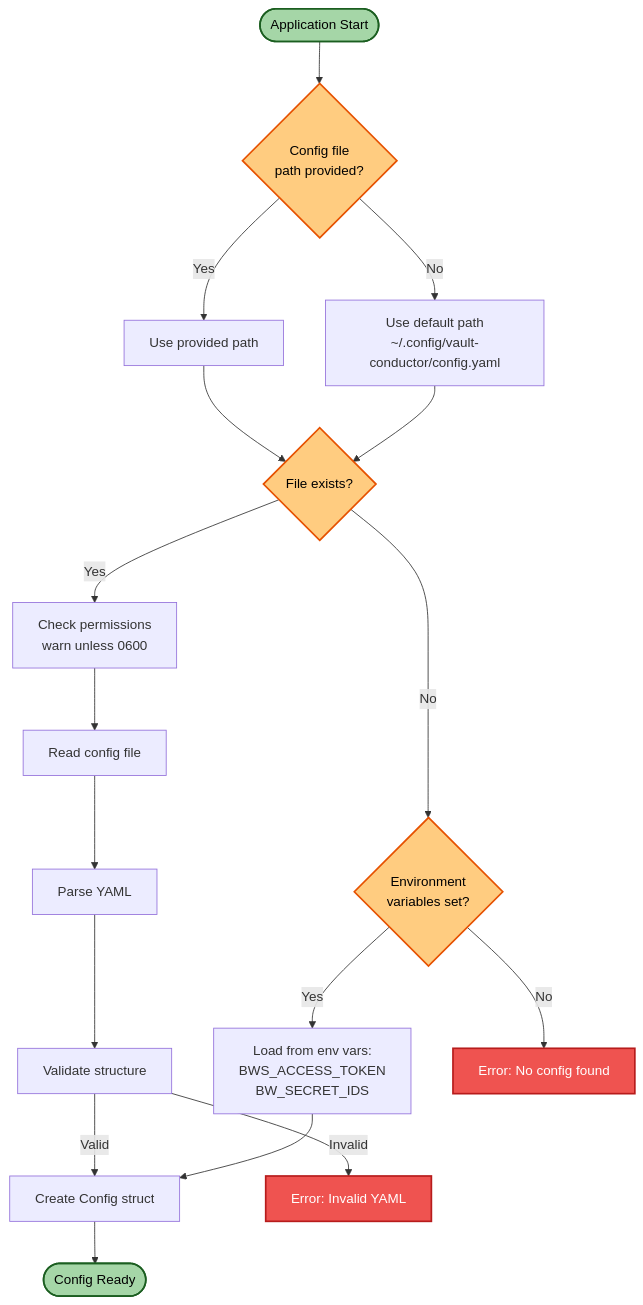
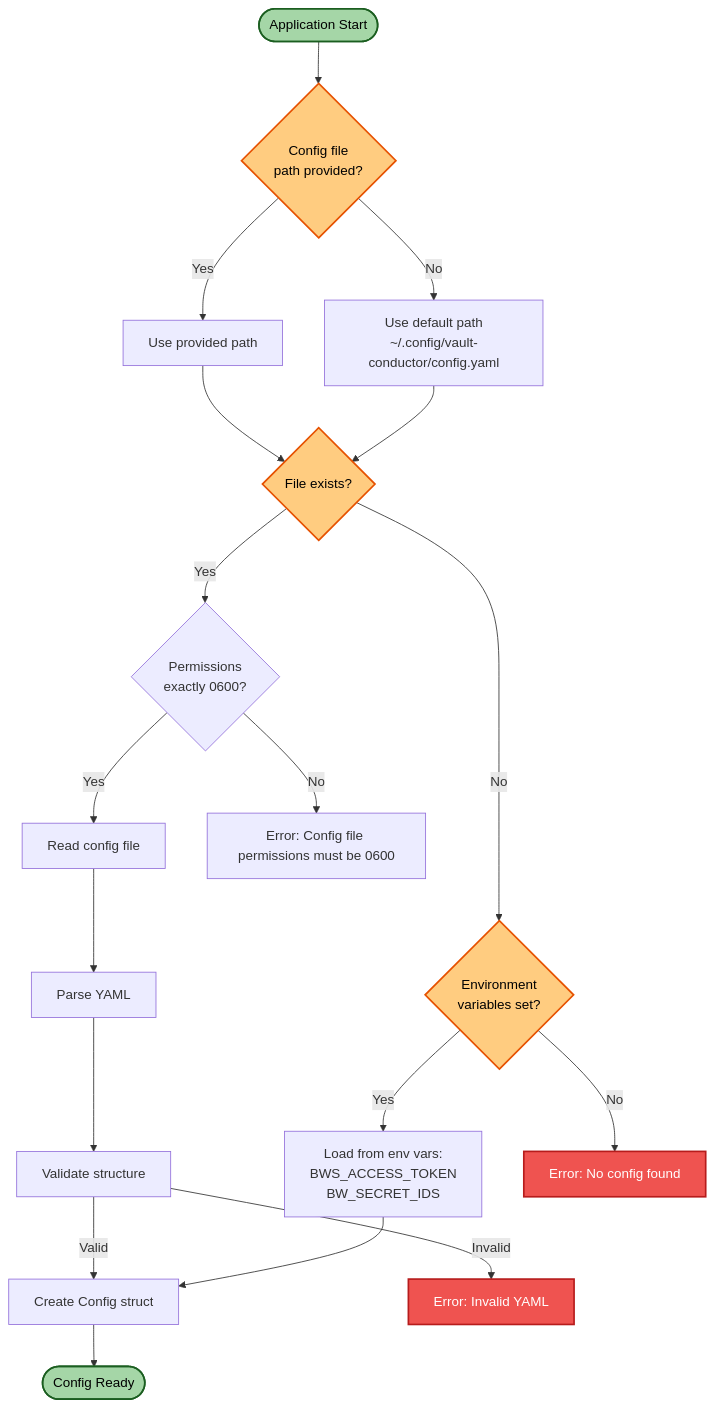
Before and after one commit to pirafrank/vault-conductor: the diagram in docs/CONFIG_LOAD.md, drawn with Mermaid. The commit also changed 3 other files, not shown here.

````diff
--- a/docs/CONFIG_LOAD.md
+++ b/docs/CONFIG_LOAD.md
@@ -5,37 +5,38 @@
 ```mermaid
 flowchart TD
     Start([Application Start])
 
     Start --> CheckConfigPath{Config file<br/>path provided?}
 
     CheckConfigPath -->|Yes| UseProvided[Use provided path]
     CheckConfigPath -->|No| UseDefault[Use default path<br/>~/.config/vault-conductor/config.yaml]
 
     UseProvided --> FileExists{File exists?}
     UseDefault --> FileExists
 
-    FileExists -->|Yes| CheckPermissions[Check permissions<br/>warn unless 0600]
-    CheckPermissions --> ReadFile[Read config file]
+    FileExists -->|Yes| CheckPermissions{Permissions<br/>exactly 0600?}
+    CheckPermissions -->|Yes| ReadFile[Read config file]
+    CheckPermissions -->|No| Error3[Error: Config file permissions must be 0600]
     FileExists -->|No| CheckEnv{Environment<br/>variables set?}
 
     ReadFile --> ParseYAML[Parse YAML]
     ParseYAML --> Validate[Validate structure]
 
     CheckEnv -->|Yes| LoadEnv[Load from env vars:<br/>BWS_ACCESS_TOKEN<br/>BW_SECRET_IDS]
     CheckEnv -->|No| Error1[Error: No config found]
 
     Validate -->|Valid| CreateConfig[Create Config struct]
     Validate -->|Invalid| Error2[Error: Invalid YAML]
 
     LoadEnv --> CreateConfig
 
     CreateConfig --> ConfigReady([Config Ready])
 
     style Start fill:#a5d6a7,stroke:#1b5e20,stroke-width:2px,color:#000
     style ConfigReady fill:#a5d6a7,stroke:#1b5e20,stroke-width:2px,color:#000
     style Error1 fill:#ef5350,stroke:#b71c1c,stroke-width:2px,color:#fff
     style Error2 fill:#ef5350,stroke:#b71c1c,stroke-width:2px,color:#fff
     style CheckConfigPath fill:#ffcc80,stroke:#e65100,stroke-width:2px,color:#000
     style FileExists fill:#ffcc80,stroke:#e65100,stroke-width:2px,color:#000
     style CheckEnv fill:#ffcc80,stroke:#e65100,stroke-width:2px,color:#000
 ```
````
